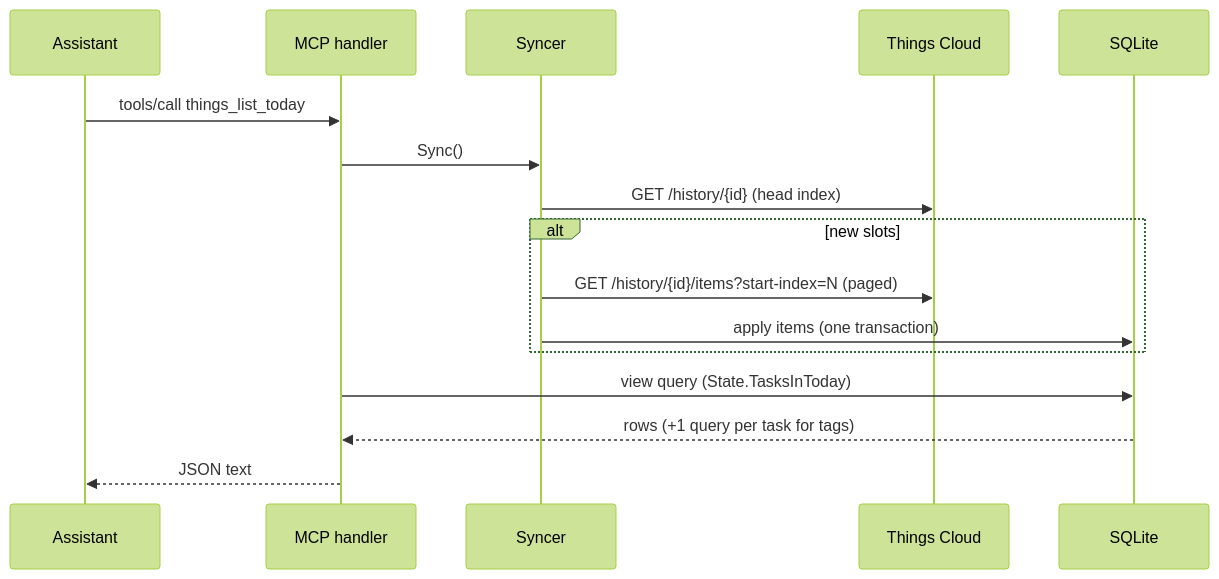
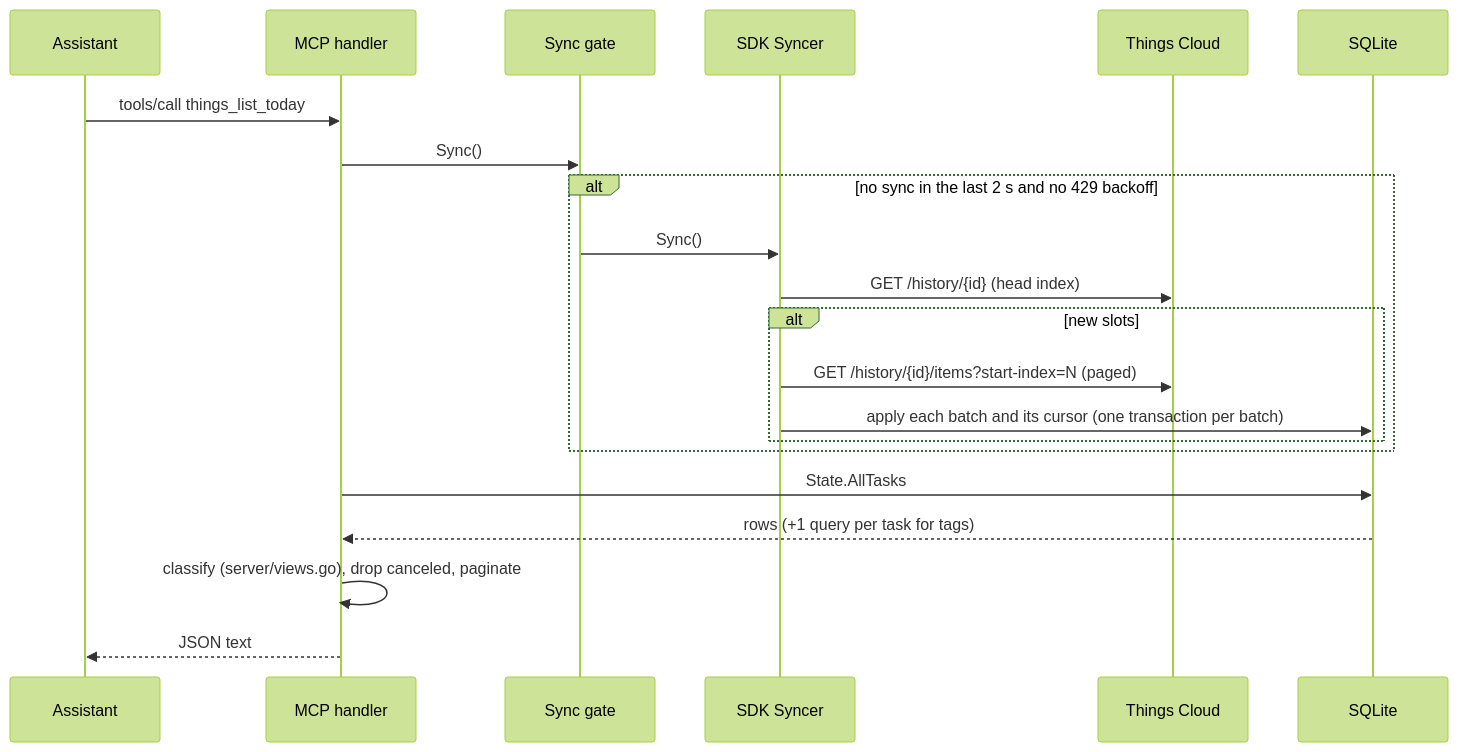
The third of 6 diagrams in docs/architecture.md (pachamaker/things-cloud-mcp), drawn with Mermaid (forest theme) before and after one commit. The commit also changed other lines of this file and 10 other files, not shown here.

````diff
--- a/docs/architecture.md
+++ b/docs/architecture.md
@@ -107,18 +108,23 @@
 ```mermaid
 sequenceDiagram
   participant A as Assistant
   participant M as MCP handler
-  participant S as Syncer
+  participant G as Sync gate
+  participant S as SDK Syncer
   participant C as Things Cloud
   participant D as SQLite
   A->>M: tools/call things_list_today
-  M->>S: Sync()
-  S->>C: GET /history/{id} (head index)
-  alt new slots
-    S->>C: GET /history/{id}/items?start-index=N (paged)
-    S->>D: apply items (one transaction)
+  M->>G: Sync()
+  alt no sync in the last 2 s and no 429 backoff
+    G->>S: Sync()
+    S->>C: GET /history/{id} (head index)
+    alt new slots
+      S->>C: GET /history/{id}/items?start-index=N (paged)
+      S->>D: apply each batch and its cursor (one transaction per batch)
+    end
   end
-  M->>D: view query (State.TasksInToday)
+  M->>D: State.AllTasks
   D-->>M: rows (+1 query per task for tags)
+  M->>M: classify (server/views.go), drop canceled, paginate
   M-->>A: JSON text
 ```
````
